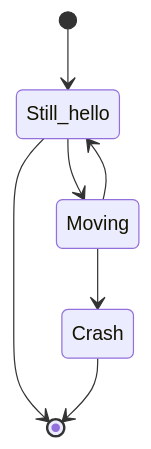
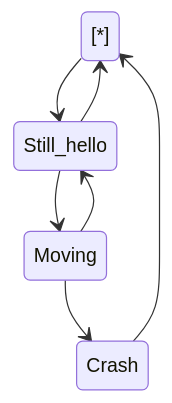
Before and after one commit to keon/algorithms: the diagram in .swm/create-main_testpy.ht7dj.sw.md, drawn with Mermaid. The commit also changed other lines of this file, not shown here.

````diff
--- a/.swm/create-main_testpy.ht7dj.sw.md
+++ b/.swm/create-main_testpy.ht7dj.sw.md
@@ -99,9 +69,9 @@
 ```mermaid
 stateDiagram-v2
-    [*] --> Still_hello
-    Still_hello --> [*]
-    Still_hello --> Moving
-    Moving --> Still_hello
-    Moving --> Crash
-    Crash --> [*]
+[\*] --> Still\_hello
+Still\_hello --> [\*]
+Still\_hello --> Moving
+Moving --> Still\_hello
+Moving --> Crash
+Crash --> [\*]
 ```
````
